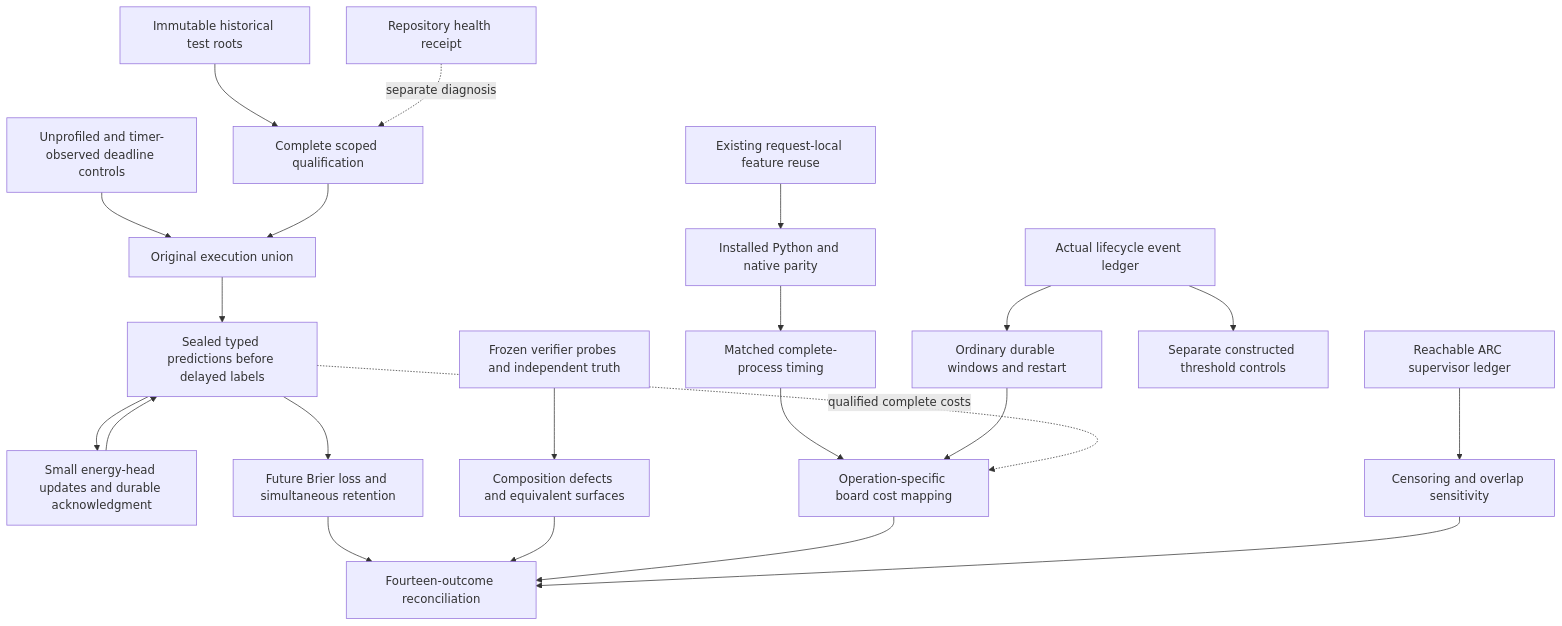
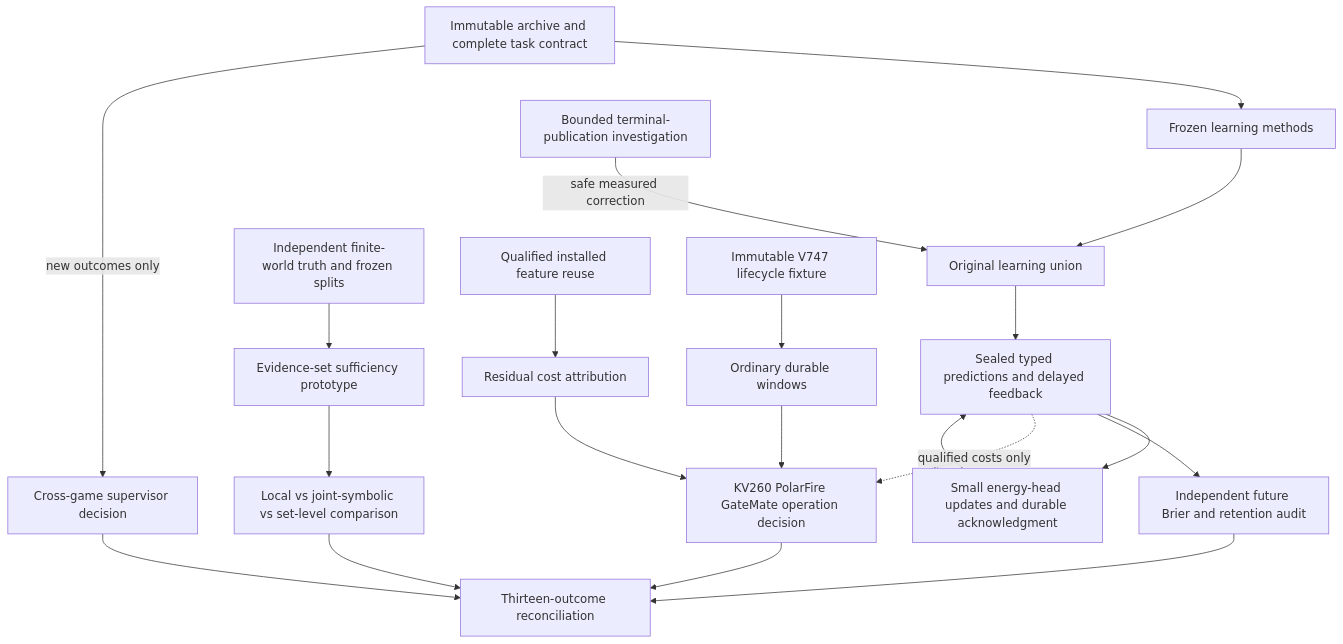
Before and after one commit to Carnot-EBM/carnot-ebm: the diagram in openspec/change-proposals/research-roadmap-vNEXT.md, drawn with Mermaid. The commit also changed other lines of this file and 12 other files, not shown here.

````diff
--- a/openspec/change-proposals/research-roadmap-vNEXT.md
+++ b/openspec/change-proposals/research-roadmap-vNEXT.md
@@ -80,24 +88,22 @@
 ```mermaid
 flowchart TD
-    A[Immutable historical test roots] --> Q[Complete scoped qualification]
-    H[Repository health receipt] -. separate diagnosis .-> Q
-    D[Unprofiled and timer-observed deadline controls] --> U[Original execution union]
-    Q --> U
-    U --> L[Sealed typed predictions before delayed labels]
+    A[Immutable archive and complete task contract] --> M[Frozen learning methods]
+    P[Bounded terminal-publication investigation] -->|safe measured correction| U[Original learning union]
+    M --> U
+    U --> L[Sealed typed predictions and delayed feedback]
     L --> W[Small energy-head updates and durable acknowledgment]
     W --> L
-    L --> B[Future Brier loss and simultaneous retention]
-    V[Frozen verifier probes and independent truth] --> S[Composition defects and equivalent surfaces]
-    F[Existing request-local feature reuse] --> P[Installed Python and native parity]
-    P --> C[Matched complete-process timing]
-    E[Actual lifecycle event ledger] --> O[Ordinary durable windows and restart]
-    E --> T[Separate constructed threshold controls]
-    C --> M[Operation-specific board cost mapping]
-    O --> M
-    L -. qualified complete costs .-> M
-    R[Reachable ARC supervisor ledger] --> X[Censoring and overlap sensitivity]
-    B --> Z[Fourteen-outcome reconciliation]
-    S --> Z
-    M --> Z
-    X --> Z
+    L --> B[Independent future Brier and retention audit]
+    S[Independent finite-world truth and frozen splits] --> V[Evidence-set sufficiency prototype]
+    V --> E[Local vs joint-symbolic vs set-level comparison]
+    F[Qualified installed feature reuse] --> C[Residual cost attribution]
+    H[Immutable V747 lifecycle fixture] --> D[Ordinary durable windows]
+    A -->|new outcomes only| R[Cross-game supervisor decision]
+    C --> K[KV260 PolarFire GateMate operation decision]
+    D --> K
+    L -. qualified costs only .-> K
+    B --> Z[Thirteen-outcome reconciliation]
+    E --> Z
+    R --> Z
+    K --> Z
 ```
````
